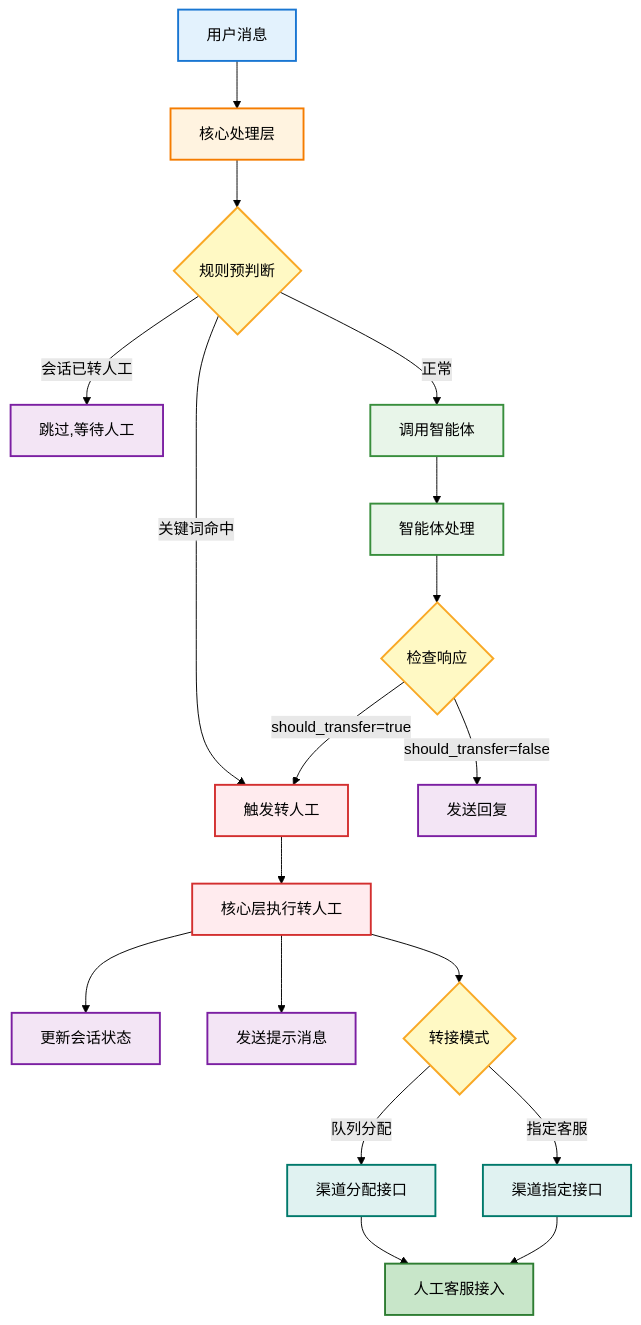
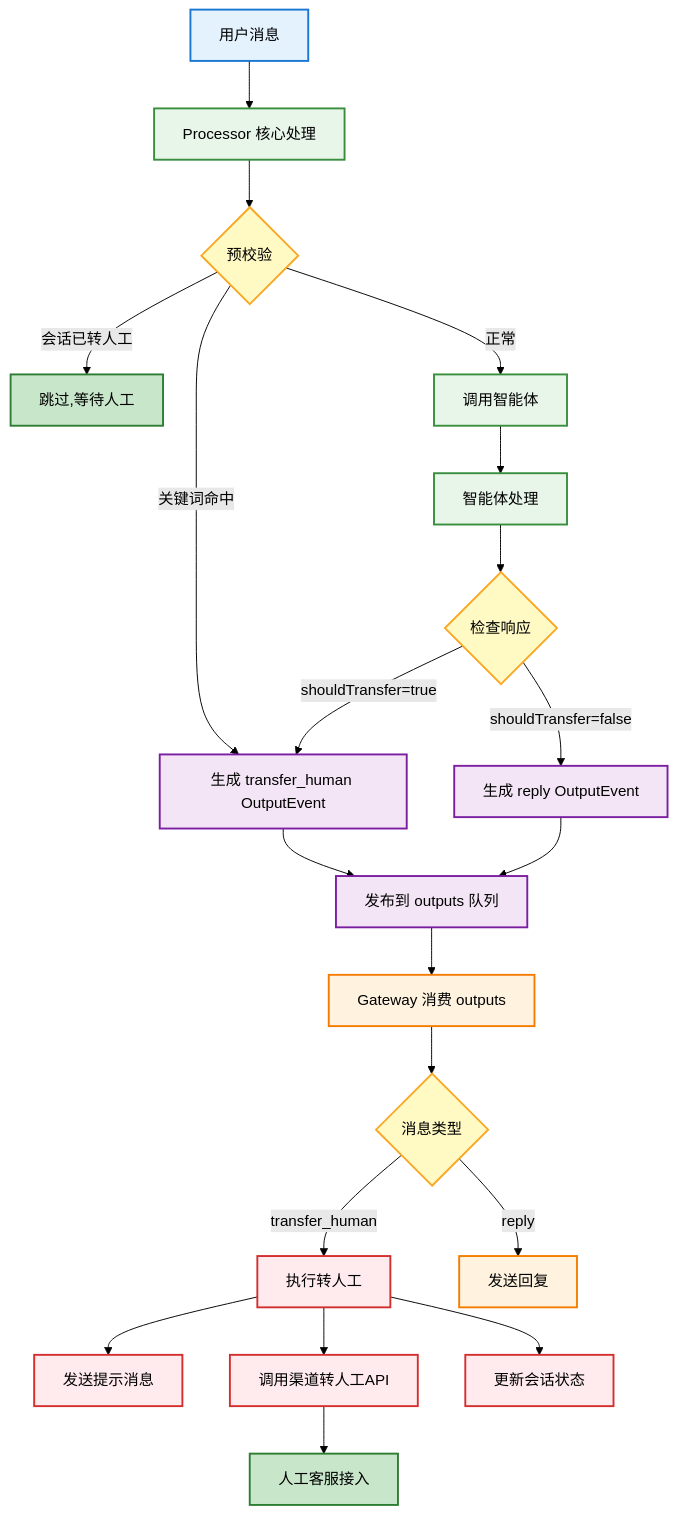
Diagram 14 of 18 in docs/requirements.md (liushoukun/huizhida-chatbot), drawn with Mermaid (forest theme) before and after one commit. The commit also changed other lines of this file and 33 other files, not shown here.

````diff
--- a/docs/requirements.md
+++ b/docs/requirements.md
@@ -1869,47 +1507,48 @@
 ```mermaid
 flowchart TD
-    A[用户消息] --> B[核心处理层]
+    A[用户消息] --> B[Processor 核心处理]
     
-    B --> C{规则预判断}
-    C -->|关键词命中| D[触发转人工]
+    B --> C{预校验}
+    C -->|关键词命中| D["生成 transfer_human OutputEvent"]
     C -->|会话已转人工| E[跳过,等待人工]
     C -->|正常| F[调用智能体]
     
     F --> G[智能体处理]
     G --> H{检查响应}
     
-    H -->|should_transfer=true| D
-    H -->|should_transfer=false| I[发送回复]
+    H -->|shouldTransfer=true| D
+    H -->|shouldTransfer=false| I["生成 reply OutputEvent"]
     
-    D --> J[核心层执行转人工]
+    D --> J["发布到 outputs 队列"]
+    I --> J
     
-    J --> K[更新会话状态]
-    J --> L[发送提示消息]
-    J --> M{转接模式}
+    J --> K[Gateway 消费 outputs]
     
-    M -->|队列分配| N[渠道分配接口]
-    M -->|指定客服| O[渠道指定接口]
+    K --> L{消息类型}
+    L -->|transfer_human| M[执行转人工]
+    L -->|reply| N[发送回复]
     
-    N --> P[人工客服接入]
-    O --> P
+    M --> O[发送提示消息]
+    M --> P[调用渠道转人工API]
+    M --> Q[更新会话状态]
+    
+    P --> R[人工客服接入]
 
     %% 样式定义
     classDef inputStyle fill:#E3F2FD,stroke:#1976D2,stroke-width:2px,color:#000
-    classDef processStyle fill:#FFF3E0,stroke:#F57C00,stroke-width:2px,color:#000
+    classDef processorStyle fill:#E8F5E9,stroke:#388E3C,stroke-width:2px,color:#000
     classDef decisionStyle fill:#FFF9C4,stroke:#F9A825,stroke-width:2px,color:#000
-    classDef agentStyle fill:#E8F5E9,stroke:#388E3C,stroke-width:2px,color:#000
+    classDef outputStyle fill:#F3E5F5,stroke:#7B1FA2,stroke-width:2px,color:#000
+    classDef gatewayStyle fill:#FFF3E0,stroke:#F57C00,stroke-width:2px,color:#000
     classDef transferStyle fill:#FFEBEE,stroke:#D32F2F,stroke-width:2px,color:#000
-    classDef actionStyle fill:#F3E5F5,stroke:#7B1FA2,stroke-width:2px,color:#000
-    classDef channelStyle fill:#E0F2F1,stroke:#00796B,stroke-width:2px,color:#000
     classDef successStyle fill:#C8E6C9,stroke:#2E7D32,stroke-width:2px,color:#000
 
     %% 应用样式
     class A inputStyle
-    class B processStyle
-    class C,H,M decisionStyle
-    class F,G agentStyle
-    class D,J transferStyle
-    class E,I,K,L actionStyle
-    class N,O channelStyle
-    class P successStyle
+    class B,F,G processorStyle
+    class C,H,L decisionStyle
+    class D,I,J outputStyle
+    class K,N gatewayStyle
+    class M,O,P,Q transferStyle
+    class E,R successStyle
 ```
````
